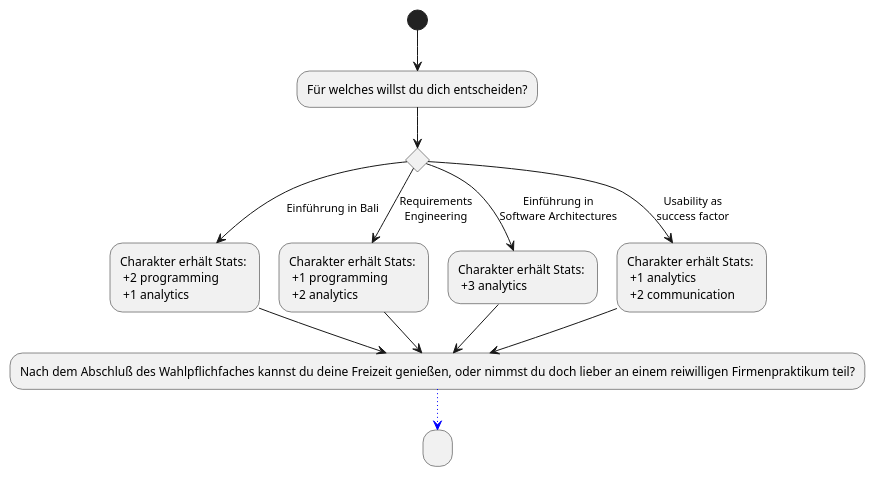
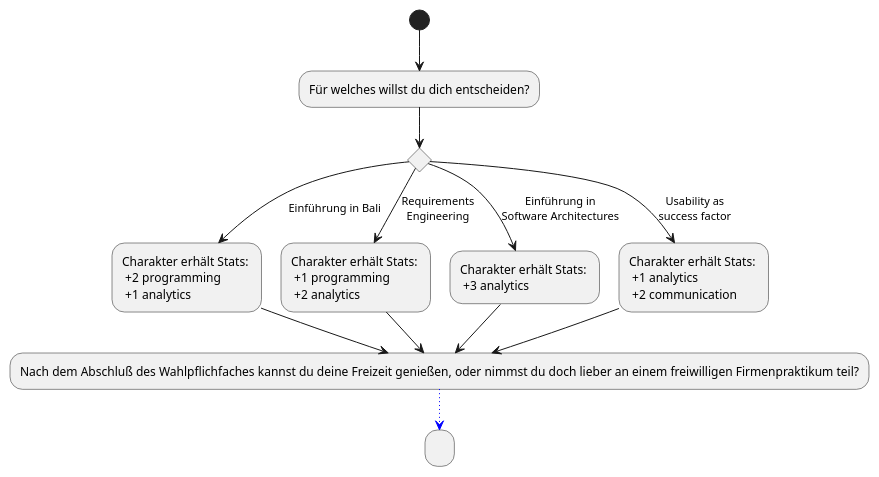
One commit to Brotenko/QualityQuest changed the diagram in Docs/Technical Specifications/docs/diagrams/StoryFlow/StoryFlow_Decision_2.puml. Above: the diagram before and after it, drawn with PlantUML. The commit also changed 3 other files, not shown here.

Commit message:
StoryFlow diagrams.

```diff
--- a/Docs/Technical Specifications/docs/diagrams/StoryFlow/StoryFlow_Decision_2.puml
+++ b/Docs/Technical Specifications/docs/diagrams/StoryFlow/StoryFlow_Decision_2.puml
@@ -1,27 +1,27 @@
 @startuml
 (*) --> "Für welches willst du dich entscheiden?"
 if "" then
 --> [Einführung in Bali] "Charakter erhält Stats: \n +2 programming \n +1 analytics" as bali
 else
 --> [Requirements\nEngineering] "Charakter erhält Stats: \n +1 programming \n +2 analytics" as re
 else
 --> [Einführung in\nSoftware Architectures] "Charakter erhält Stats: \n +3 analytics" as esa
 else
 --> [Usability as\nsuccess factor] "Charakter erhält Stats: \n +1 analytics \n +2 communication" as usf
 
 
-usf --> "Nach dem Abschluß des Wahlpflichfaches kannst du deine Freizeit genießen, oder nimmst du doch lieber an einem reiwilligen Firmenpraktikum teil?" as a
+usf --> "Nach dem Abschluß des Wahlpflichfaches kannst du deine Freizeit genießen, oder nimmst du doch lieber an einem freiwilligen Firmenpraktikum teil?" as a
 re --> a
 bali --> a
 esa --> a
 
 -[#blue,dotted]-> "   "
 
 /'
 Wir stehen 1 Jahr vor Ende des Studiums
 Du musst Dich für ein Wahlpflichtfach entscheiden.
 
 
 '/
 
 @enduml
```
